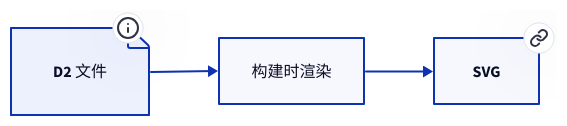
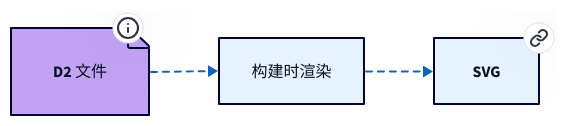
One commit to owent/blog-hugo changed the diagram in source/post/2026/2602-test-diagram.d2. Above: the diagram before and after it, drawn with D2. The commit also changed 51 other files, not shown here.

```diff
--- a/source/post/2026/2602-test-diagram.d2
+++ b/source/post/2026/2602-test-diagram.d2
@@ -1,17 +1,20 @@
 vars: {
   d2-config: {
     layout-engine: elk
-    theme-id: 0
+    theme-id: 4
     pad: 24
   }
 }
 direction: right
 source: D2 文件 {
   shape: page
   tooltip: 同一个文件由图片语法和 Shortcode 分别引用
 }
 build: 构建时渲染
 svg: SVG {
   link: https://d2lang.com/tour/exports/
 }
-source -> build -> svg
+source -> build -> svg: {
+  style.animated: true
+  style.stroke-dash: 3
+}
```
